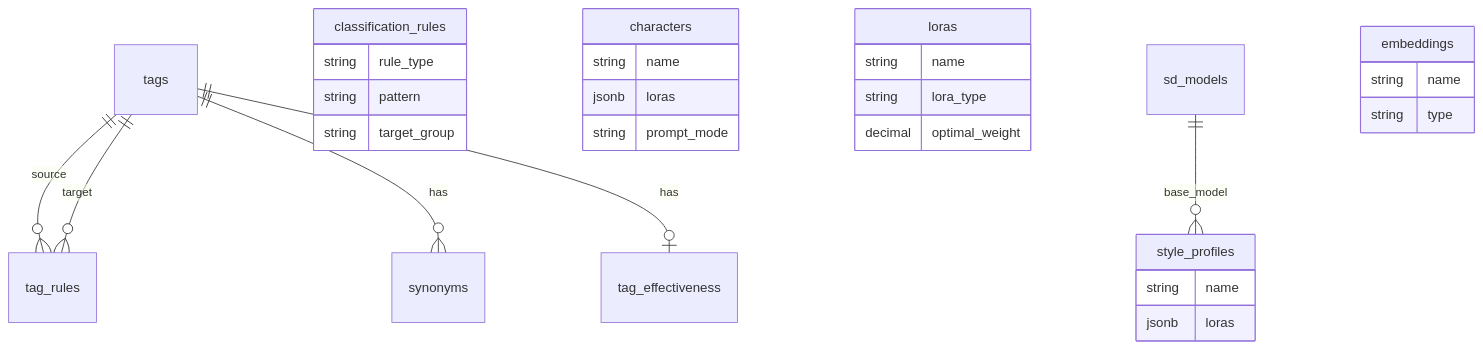
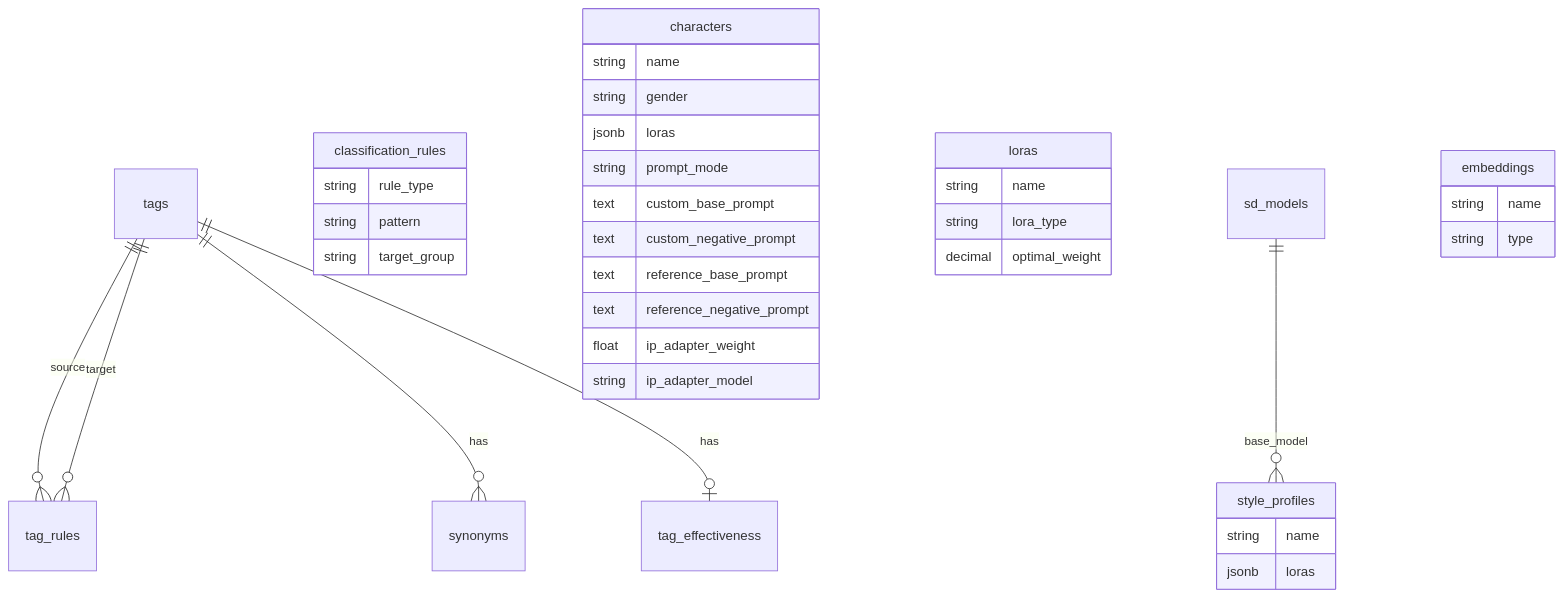
Before and after one commit to tomo-playground/sdd-orchestrator: the diagram in docs/specs/DB_SCHEMA.md, drawn with Mermaid. The commit also changed other lines of this file and 79 other files, not shown here.

````diff
--- a/docs/specs/DB_SCHEMA.md
+++ b/docs/specs/DB_SCHEMA.md
@@ -9,36 +9,43 @@
 ```mermaid
 erDiagram
     tags ||--o{ tag_rules : "source"
     tags ||--o{ tag_rules : "target"
     tags ||--o{ synonyms : "has"
     tags ||--o| tag_effectiveness : "has"
     
     classification_rules {
         string rule_type
         string pattern
         string target_group
     }
 
     characters {
         string name
+        string gender
         jsonb loras
         string prompt_mode
+        text custom_base_prompt
+        text custom_negative_prompt
+        text reference_base_prompt
+        text reference_negative_prompt
+        float ip_adapter_weight
+        string ip_adapter_model
     }
     
     loras {
         string name
         string lora_type
         decimal optimal_weight
     }
 
     sd_models ||--o{ style_profiles : "base_model"
     style_profiles {
         string name
         jsonb loras
     }
     
     embeddings {
         string name
         string type
     }
 ```
````
